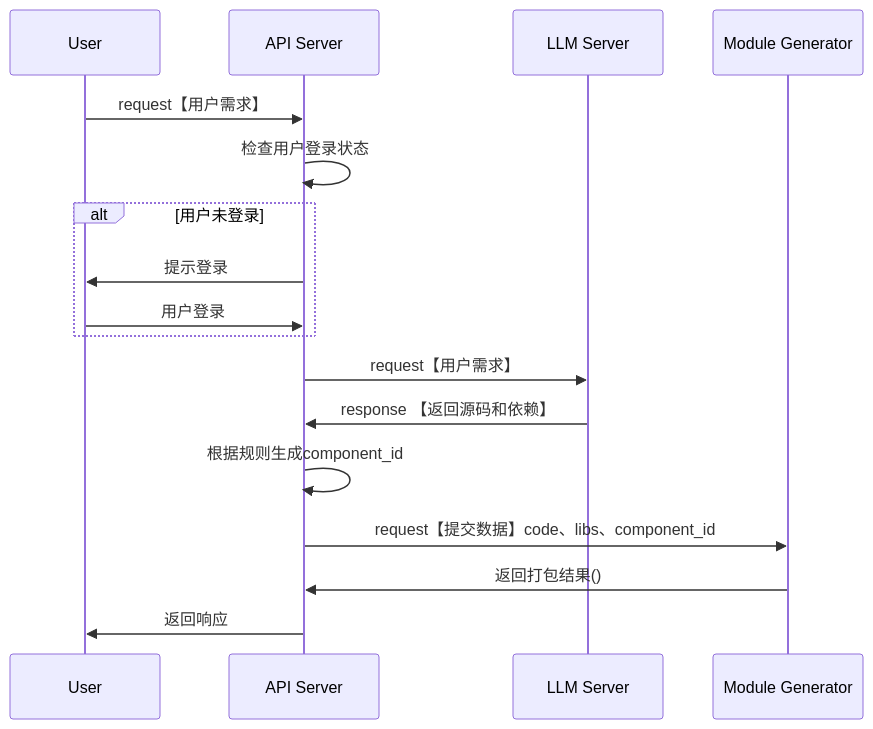
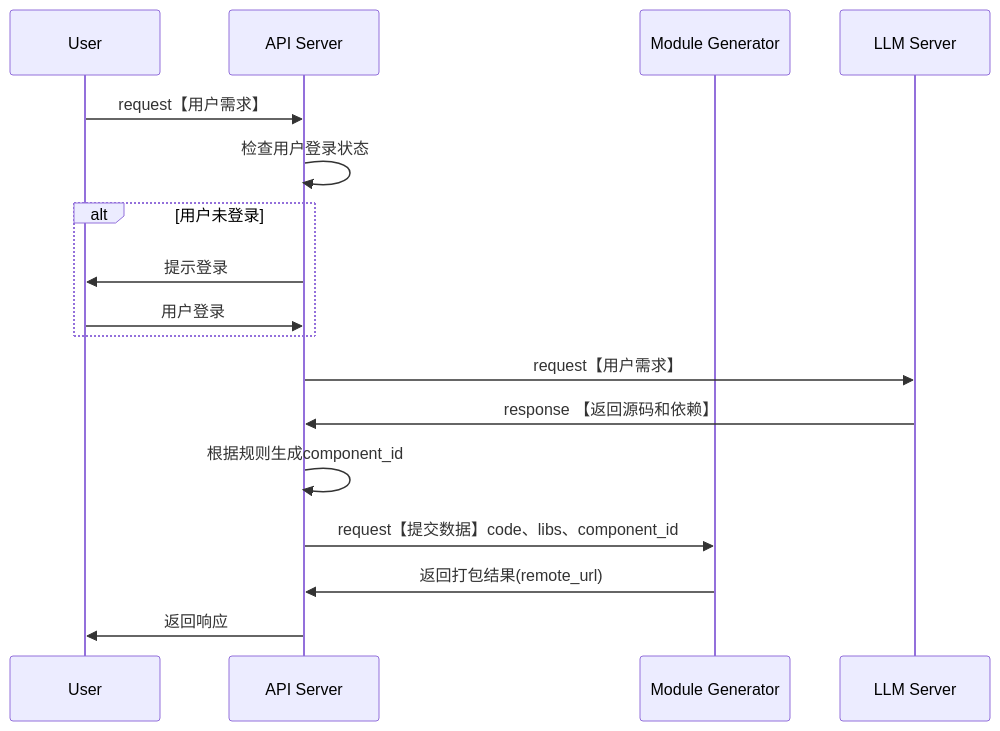
One commit to yingjianzh/iodraw-files changed the diagram in all/未命名-7.md. Above: the diagram before and after it, drawn with Mermaid.

Commit message:
2024-10-08 15:43:20 update

````diff
--- a/all/未命名-7.md
+++ b/all/未命名-7.md
@@ -1,23 +1,23 @@
 ```mermaid
 sequenceDiagram
     participant User
     participant API Server
-    participant LLM Server
+    
     participant Module Generator
 
     User->>API Server: request【用户需求】
     API Server->>API Server: 检查用户登录状态
     alt 用户未登录
         API Server->>User: 提示登录
         User->>API Server: 用户登录
     end
 
     API Server->>LLM Server: request【用户需求】
     LLM Server->>API Server: response 【返回源码和依赖】
     API Server->>API Server: 根据规则生成component_id
     API Server->>Module Generator: request【提交数据】code、libs、component_id
-    Module Generator->>API Server: 返回打包结果()
+    Module Generator->>API Server: 返回打包结果(remote_url)
 
     API Server->>User: 返回响应
 
 ```
````
